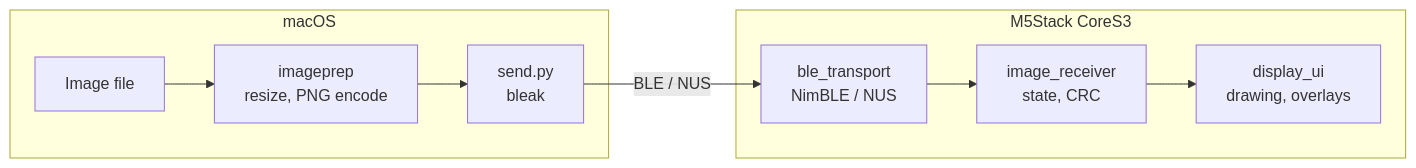
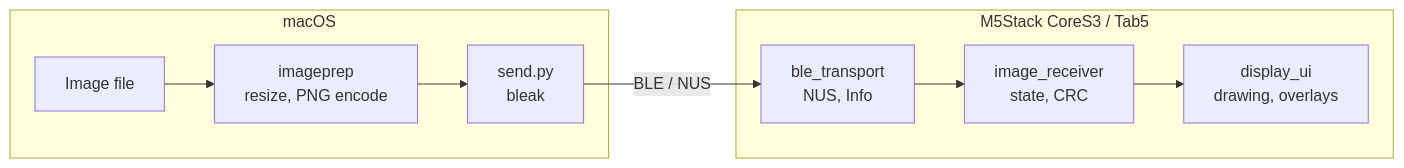
The first of 2 diagrams in docs/design.md (yh1224/m5-view), drawn with Mermaid before and after one commit. The commit also changed other lines of this file and 8 other files, not shown here.

````diff
--- a/docs/design.md
+++ b/docs/design.md
@@ -10,12 +10,12 @@
 ```mermaid
 flowchart LR
     subgraph mac[macOS]
         img[Image file] --> prep[imageprep<br/>resize, PNG encode]
         prep --> cli[send.py<br/>bleak]
     end
-    subgraph m5[M5Stack CoreS3]
-        ble[ble_transport<br/>NimBLE / NUS] --> rx[image_receiver<br/>state, CRC]
+    subgraph m5[M5Stack CoreS3 / Tab5]
+        ble[ble_transport<br/>NUS, Info] --> rx[image_receiver<br/>state, CRC]
         rx --> ui[display_ui<br/>drawing, overlays]
     end
     cli -- BLE / NUS --> ble
 ```
````
